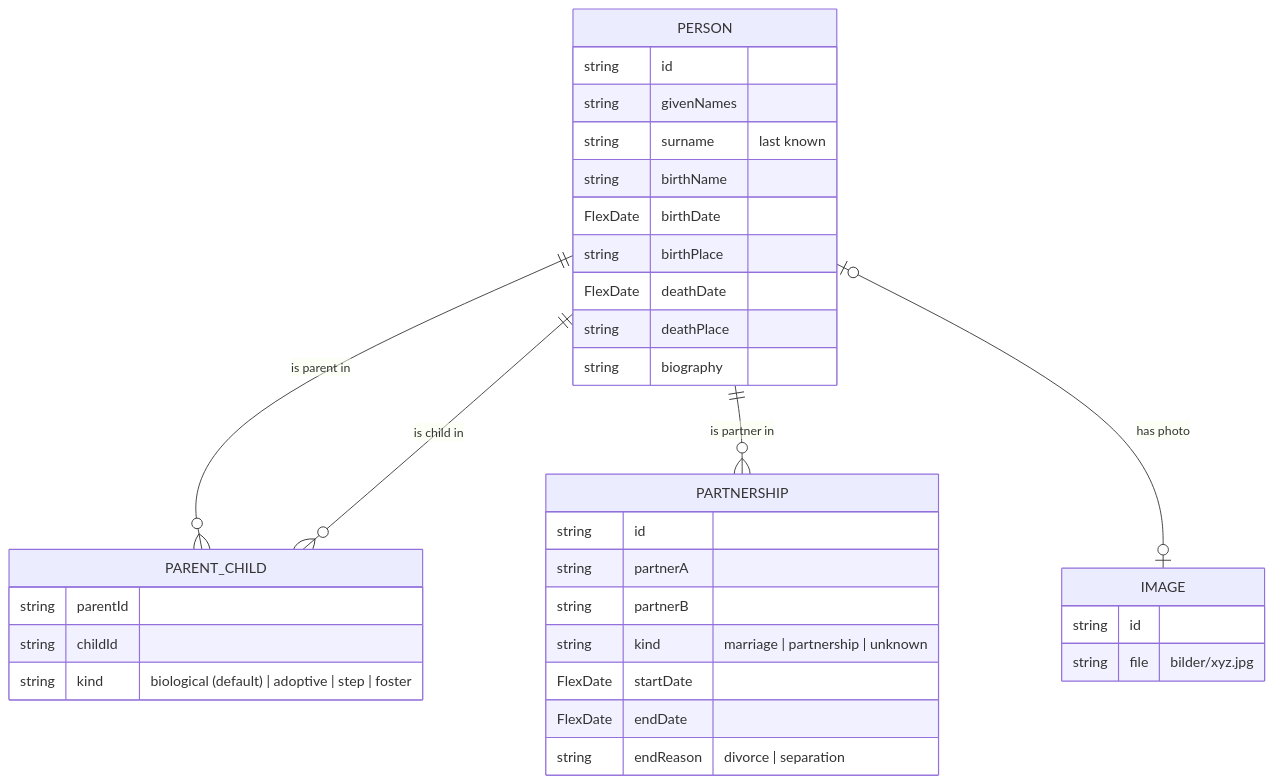
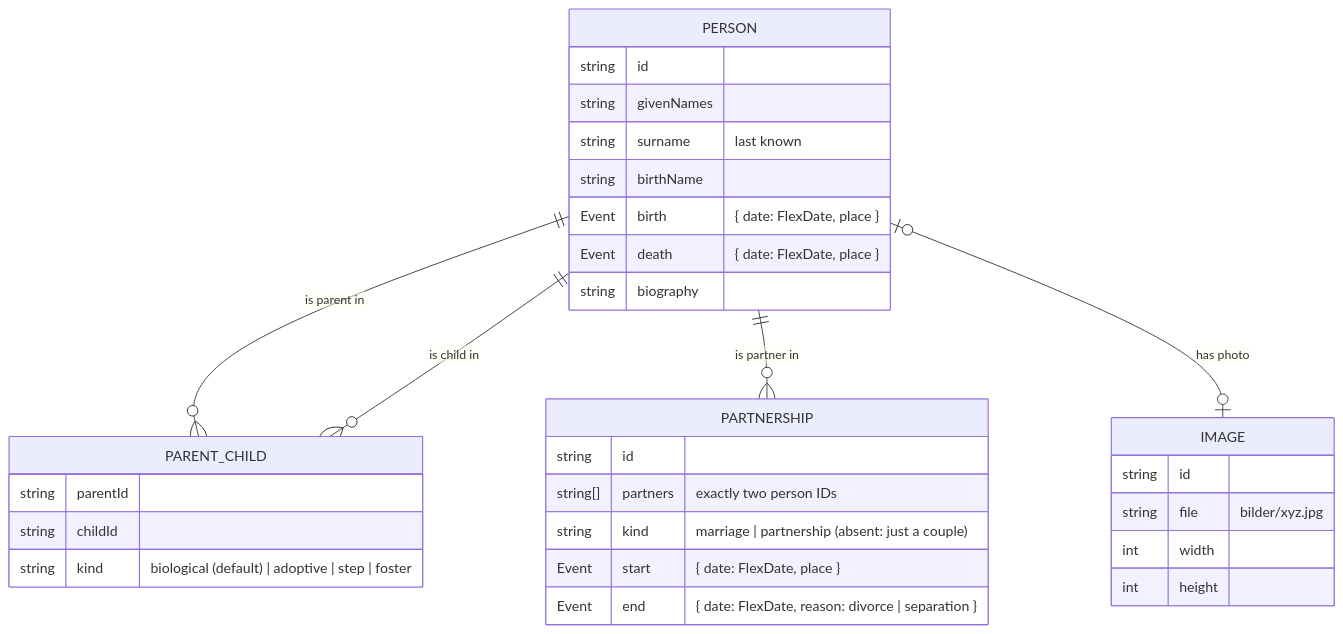
Before and after one commit to bimo3000/family-tree: the diagram in docs/concept/data-model.md, drawn with Mermaid. The commit also changed other lines of this file, not shown here.

Commit message:
docs(concept): align data-model diagram with the JSON example
Nested birth/death/start/end objects, partners as a pair, no 'unknown'
partnership kind, end.reason instead of endReason, image width/height.

````diff
--- a/docs/concept/data-model.md
+++ b/docs/concept/data-model.md
@@ -12,36 +12,34 @@
 ```mermaid
 erDiagram
     PERSON ||--o{ PARENT_CHILD : "is parent in"
     PERSON ||--o{ PARENT_CHILD : "is child in"
     PERSON ||--o{ PARTNERSHIP : "is partner in"
     PERSON |o--o| IMAGE : "has photo"
     PERSON {
         string id
         string givenNames
         string surname "last known"
         string birthName
-        FlexDate birthDate
-        string birthPlace
-        FlexDate deathDate
-        string deathPlace
+        Event birth "{ date: FlexDate, place }"
+        Event death "{ date: FlexDate, place }"
         string biography
     }
     PARTNERSHIP {
         string id
-        string partnerA
-        string partnerB
-        string kind "marriage | partnership | unknown"
-        FlexDate startDate
-        FlexDate endDate
-        string endReason "divorce | separation"
+        string[] partners "exactly two person IDs"
+        string kind "marriage | partnership (absent: just a couple)"
+        Event start "{ date: FlexDate, place }"
+        Event end "{ date: FlexDate, reason: divorce | separation }"
     }
     PARENT_CHILD {
         string parentId
         string childId
         string kind "biological (default) | adoptive | step | foster"
     }
     IMAGE {
         string id
         string file "bilder/xyz.jpg"
+        int width
+        int height
     }
 ```
````
